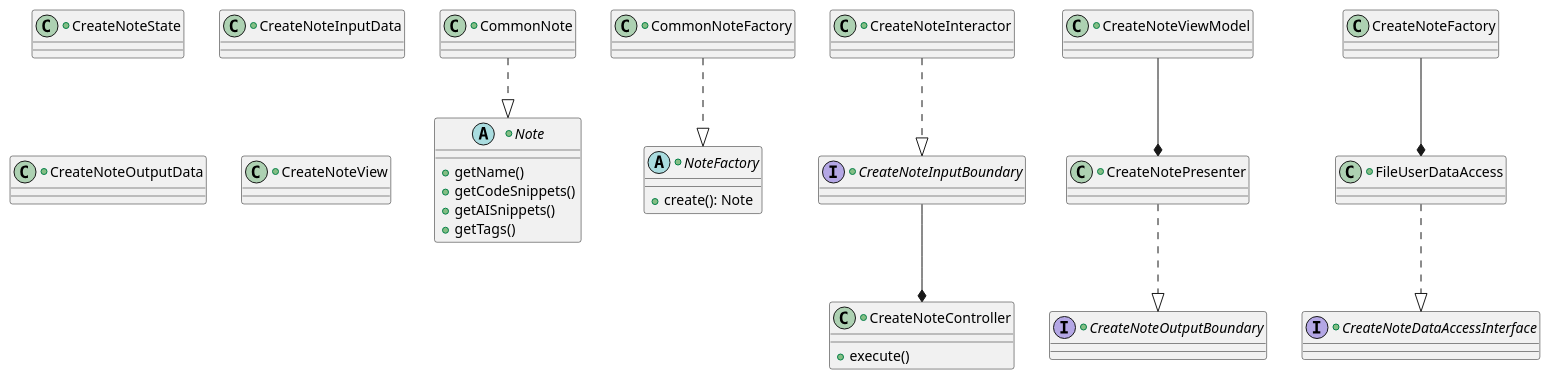
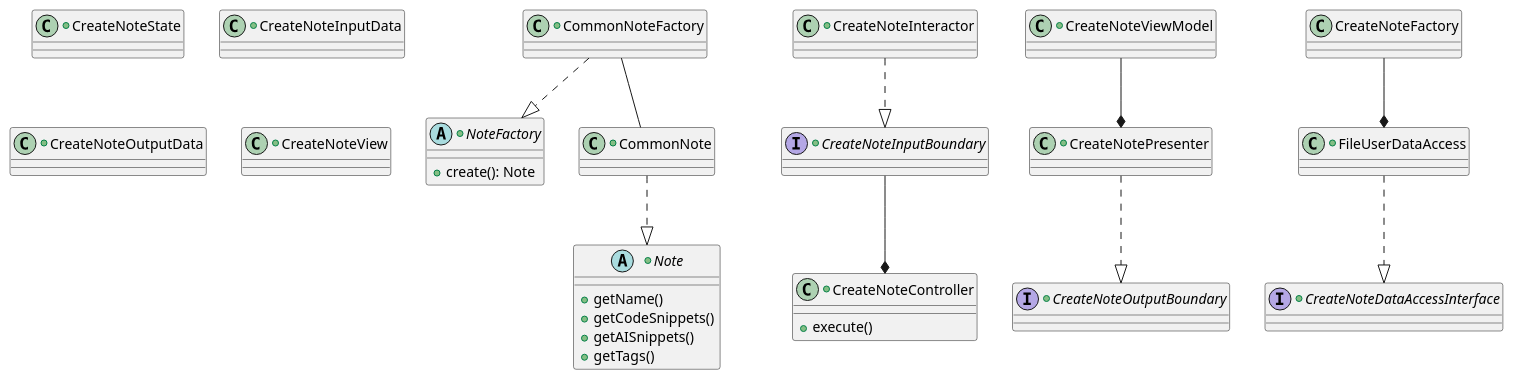
One commit to zoyasiddiqui/NoteNinja changed the diagram in diagrams/UML.puml. Above: the diagram before and after it, drawn with PlantUML.

Commit message:
minor changes to CreateNote UML

```diff
--- a/diagrams/UML.puml
+++ b/diagrams/UML.puml
@@ -1,73 +1,80 @@
 @startuml
 'https://plantuml.com/sequence-diagram
 
 
 +abstract class Note {
 
 +getName()
 +getCodeSnippets()
 +getAISnippets()
 +getTags()
 
 }
 
 +abstract class NoteFactory {
 
 +create(): Note
 }
 
 +class CommonNote {
 
 }
 
 +class CommonNoteFactory {
 }
 
 +class CreateNoteController {
 
 +execute()
 }
 
 +class CreateNotePresenter {
 }
 
 +class CreateNoteState {
 }
 
 +class CreateNoteViewModel {
 }
 
 +interface CreateNoteInputBoundary {
 }
 
 +class CreateNoteInputData {
 }
 
 +class CreateNoteInteractor {
 }
 
 +interface CreateNoteOutputBoundary {
 }
 
 +class CreateNoteOutputData {
 }
 
 +interface CreateNoteDataAccessInterface {
 }
 
 +class CreateNoteView {
 }
 
 +class FileUserDataAccess {
 }
 
+'Implementations
 CommonNote ..|> Note
 CommonNoteFactory ..|> NoteFactory
 CreateNoteInteractor ..|> CreateNoteInputBoundary
 CreateNotePresenter ..|> CreateNoteOutputBoundary
 FileUserDataAccess ..|> CreateNoteDataAccessInterface
+
+'Compositions
 CreateNoteFactory --* FileUserDataAccess
 CreateNoteInputBoundary --* CreateNoteController
 CreateNoteViewModel --* CreateNotePresenter
 
+'Associations
+CommonNoteFactory -- CommonNote
+
+
 @enduml
```
